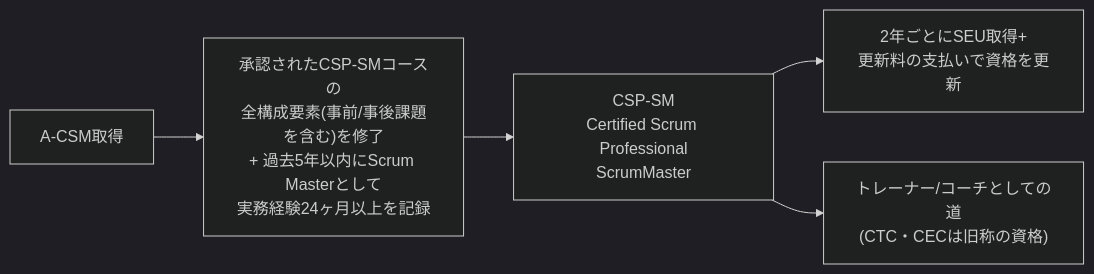
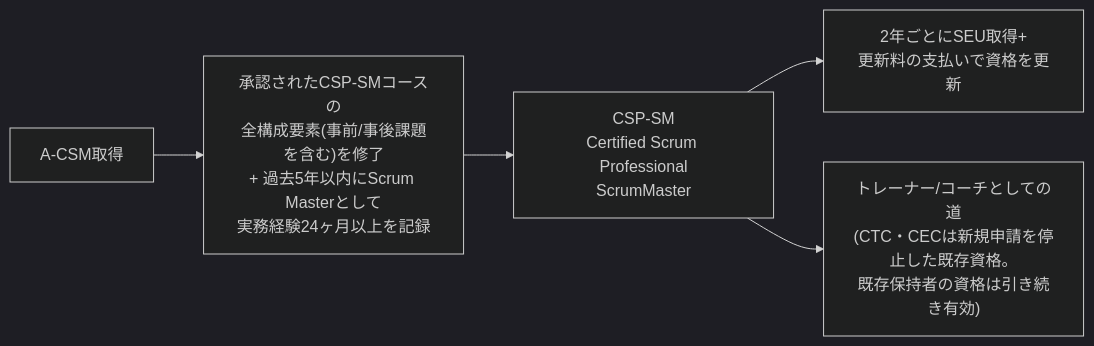
Before and after one commit to myoshi2891/Management-Team-Building-Studies: diagram 23 of 23 in A-csm-advanced-certified-scrummaster-study-guide.md, drawn with Mermaid (dark theme). The commit also changed other lines of this file, not shown here.

Commit message:
docs: A-CSM 学習ガイドのCTC/CEC資格に関する注記および図の記述を更新

````diff
--- a/A-csm-advanced-certified-scrummaster-study-guide.md
+++ b/A-csm-advanced-certified-scrummaster-study-guide.md
@@ -1047,7 +1047,7 @@
 ```mermaid
 flowchart LR
     A["A-CSM取得"] --> B["承認されたCSP-SMコースの<br/>全構成要素(事前/事後課題を含む)を修了<br/>+ 過去5年以内にScrum Masterとして<br/>実務経験24ヶ月以上を記録"]
     B --> C["CSP-SM<br/>Certified Scrum Professional<br/>ScrumMaster"]
     C --> R["2年ごとにSEU取得+<br/>更新料の支払いで資格を更新"]
-    C --> D["トレーナー/コーチとしての道<br/>(CTC・CECは旧称の資格)"]
+    C --> D["トレーナー/コーチとしての道<br/>(CTC・CECは新規申請を停止した既存資格。<br/>既存保持者の資格は引き続き有効)"]
 ```
````
